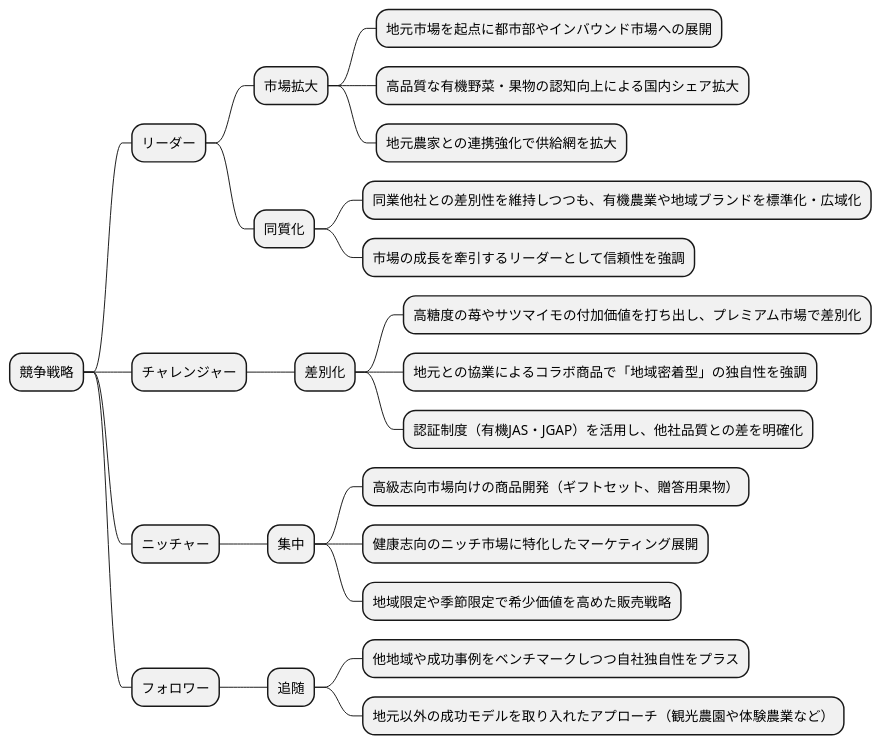
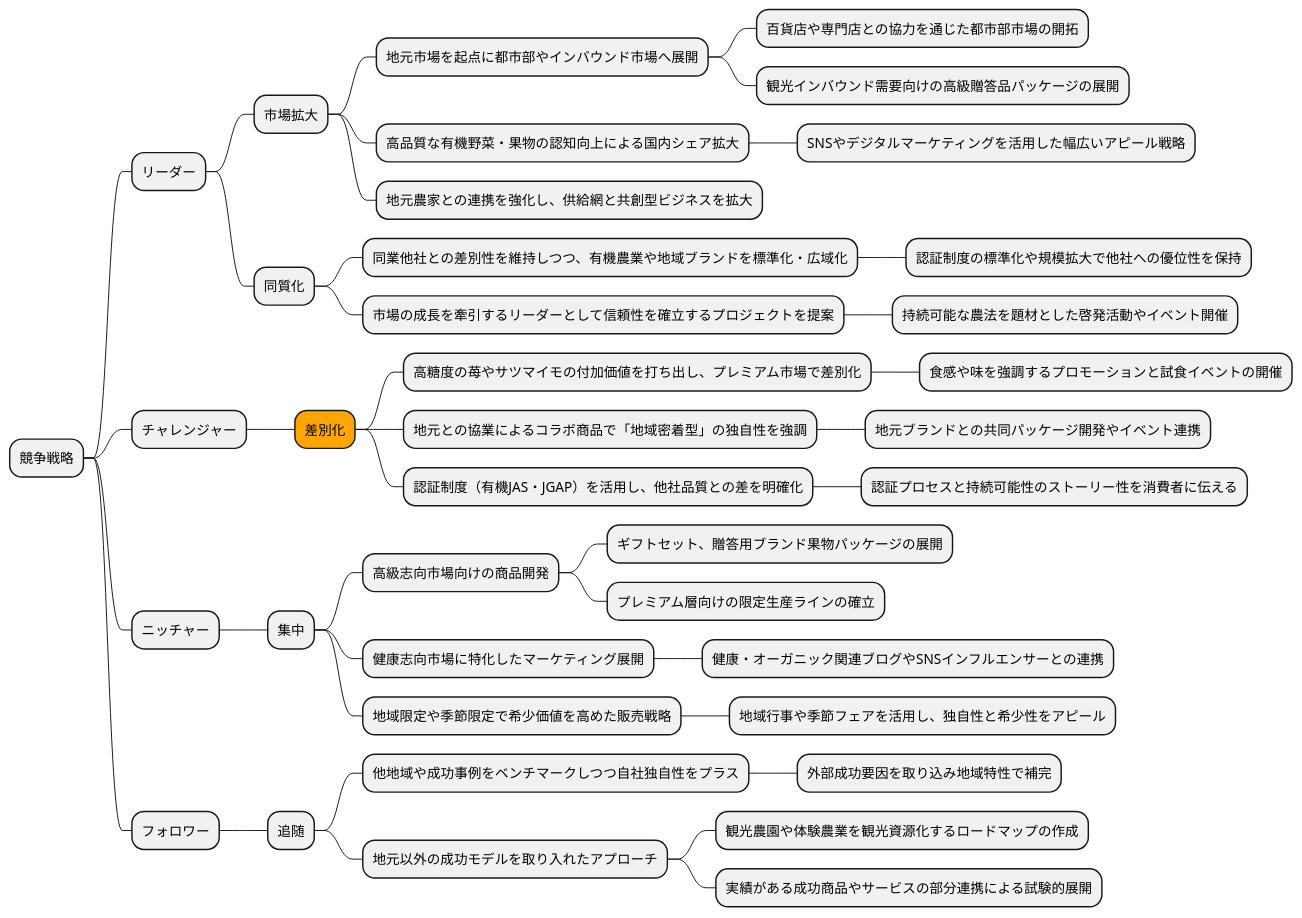
The ninth of 19 diagrams in docs/case/r04_case_1.adoc (k2works/case-study-business-analysis), drawn with PlantUML before and after one commit. The commit also changed other lines of this file, not shown here.

```diff
--- a/docs/case/r04_case_1.adoc
+++ b/docs/case/r04_case_1.adoc
@@ -383,30 +437,45 @@
 [plantuml]
 ----
 @startmindmap
 
 * 競争戦略
 ** リーダー
 *** 市場拡大
-**** 地元市場を起点に都市部やインバウンド市場への展開
+**** 地元市場を起点に都市部やインバウンド市場へ展開
+***** 百貨店や専門店との協力を通じた都市部市場の開拓
+***** 観光インバウンド需要向けの高級贈答品パッケージの展開
 **** 高品質な有機野菜・果物の認知向上による国内シェア拡大
-**** 地元農家との連携強化で供給網を拡大
+***** SNSやデジタルマーケティングを活用した幅広いアピール戦略
+**** 地元農家との連携を強化し、供給網と共創型ビジネスを拡大
 *** 同質化
-**** 同業他社との差別性を維持しつつも、有機農業や地域ブランドを標準化・広域化
-**** 市場の成長を牽引するリーダーとして信頼性を強調
+**** 同業他社との差別性を維持しつつ、有機農業や地域ブランドを標準化・広域化
+***** 認証制度の標準化や規模拡大で他社への優位性を保持
+**** 市場の成長を牽引するリーダーとして信頼性を確立するプロジェクトを提案
+***** 持続可能な農法を題材とした啓発活動やイベント開催
 ** チャレンジャー
-*** 差別化
+***[#orange] 差別化
 **** 高糖度の苺やサツマイモの付加価値を打ち出し、プレミアム市場で差別化
+***** 食感や味を強調するプロモーションと試食イベントの開催
 **** 地元との協業によるコラボ商品で「地域密着型」の独自性を強調
+***** 地元ブランドとの共同パッケージ開発やイベント連携
 **** 認証制度（有機JAS・JGAP）を活用し、他社品質との差を明確化
+***** 認証プロセスと持続可能性のストーリー性を消費者に伝える
 ** ニッチャー
 *** 集中
-**** 高級志向市場向けの商品開発（ギフトセット、贈答用果物）
-**** 健康志向のニッチ市場に特化したマーケティング展開
+**** 高級志向市場向けの商品開発
+***** ギフトセット、贈答用ブランド果物パッケージの展開
+***** プレミアム層向けの限定生産ラインの確立
+**** 健康志向市場に特化したマーケティング展開
+***** 健康・オーガニック関連ブログやSNSインフルエンサーとの連携
 **** 地域限定や季節限定で希少価値を高めた販売戦略
+***** 地域行事や季節フェアを活用し、独自性と希少性をアピール
 ** フォロワー
 *** 追随
 **** 他地域や成功事例をベンチマークしつつ自社独自性をプラス
-**** 地元以外の成功モデルを取り入れたアプローチ（観光農園や体験農業など）
+***** 外部成功要因を取り込み地域特性で補完
+**** 地元以外の成功モデルを取り入れたアプローチ
+***** 観光農園や体験農業を観光資源化するロードマップの作成
+***** 実績がある成功商品やサービスの部分連携による試験的展開
 
 @endmindmap
 ----
```
